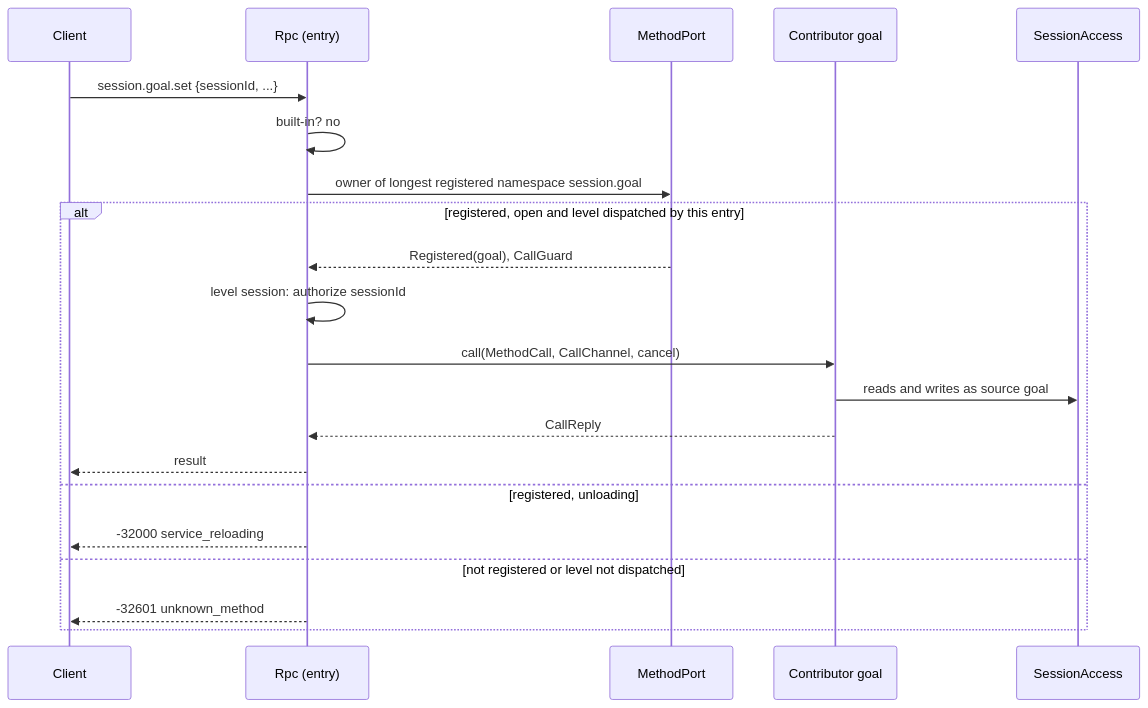
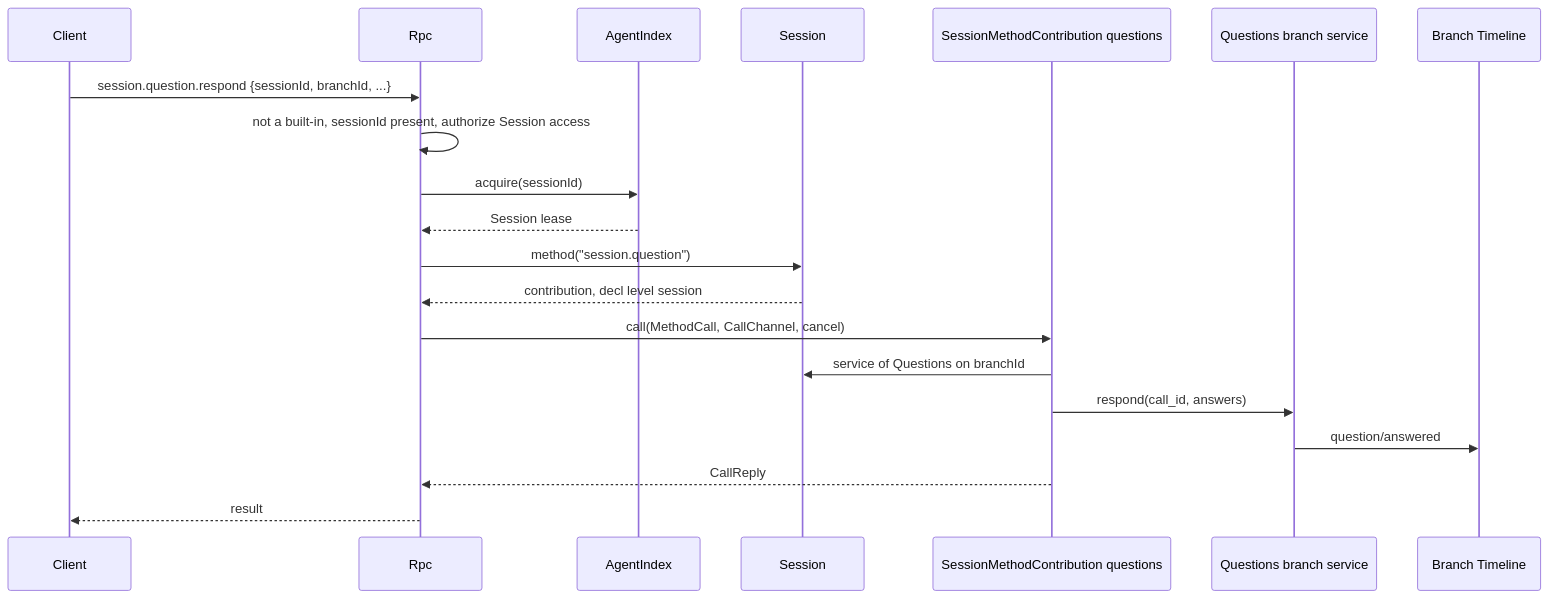
The second of 4 diagrams in docs/design/contracts/session-boundary.md (CoutinhoTTS/dim-agent), drawn with Mermaid before and after one commit. The commit also changed other lines of this file and 16 other files, not shown here.

````diff
--- a/docs/design/contracts/session-boundary.md
+++ b/docs/design/contracts/session-boundary.md
@@ -72,23 +61,22 @@
 ```mermaid
 sequenceDiagram
   participant CL as Client
-  participant Rpc as Rpc (entry)
-  participant P as MethodPort
-  participant G as Contributor goal
-  participant SA as SessionAccess
-  CL->>Rpc: session.goal.set {sessionId, ...}
-  Rpc->>Rpc: built-in? no
-  Rpc->>P: owner of longest registered namespace session.goal
-  alt registered, open and level dispatched by this entry
-    P-->>Rpc: Registered(goal), CallGuard
-    Rpc->>Rpc: level session: authorize sessionId
-    Rpc->>G: call(MethodCall, CallChannel, cancel)
-    G->>SA: reads and writes as source goal
-    G-->>Rpc: CallReply
-    Rpc-->>CL: result
-  else registered, unloading
-    Rpc-->>CL: -32000 service_reloading
-  else not registered or level not dispatched
-    Rpc-->>CL: -32601 unknown_method
-  end
+  participant Rpc as Rpc
+  participant AI as AgentIndex
+  participant S as Session
+  participant Q as SessionMethodContribution questions
+  participant QB as Questions branch service
+  participant TL as Branch Timeline
+  CL->>Rpc: session.question.respond {sessionId, branchId, ...}
+  Rpc->>Rpc: not a built-in, sessionId present, authorize Session access
+  Rpc->>AI: acquire(sessionId)
+  AI-->>Rpc: Session lease
+  Rpc->>S: method("session.question")
+  S-->>Rpc: contribution, decl level session
+  Rpc->>Q: call(MethodCall, CallChannel, cancel)
+  Q->>S: service of Questions on branchId
+  Q->>QB: respond(call_id, answers)
+  QB->>TL: question/answered
+  Q-->>Rpc: CallReply
+  Rpc-->>CL: result
 ```
````
